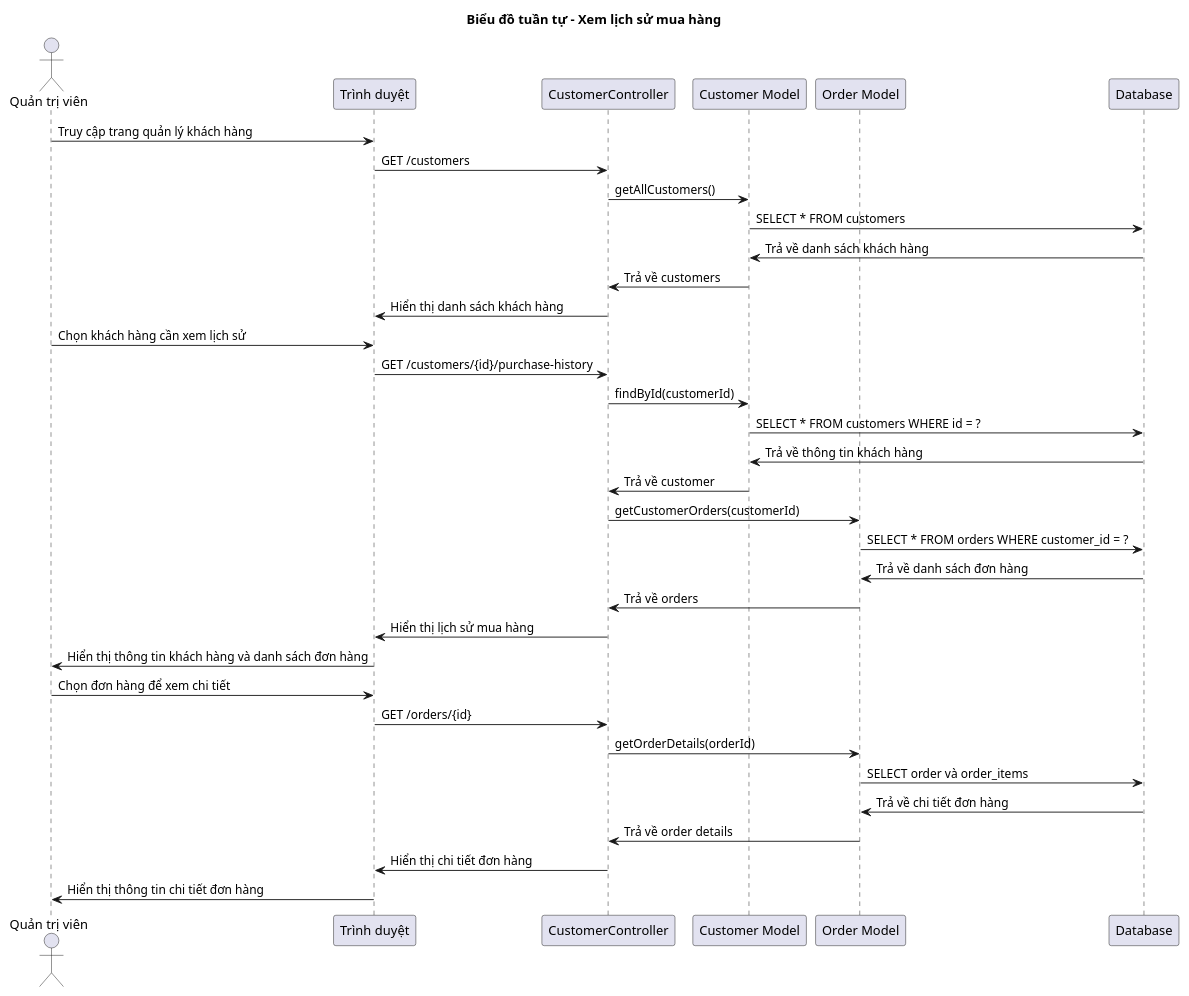
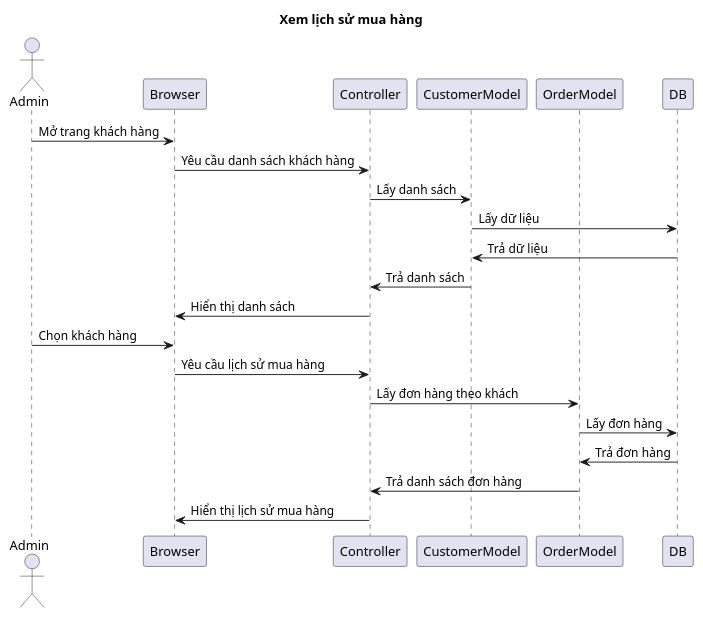
Before and after one commit to namhai03/PerfumeShop: the diagram in docs/sequenceuml/16_xem_lich_su_mua_hang.puml, drawn with PlantUML. The commit also changed 107 other files, not shown here.

```diff
--- a/docs/sequenceuml/16_xem_lich_su_mua_hang.puml
+++ b/docs/sequenceuml/16_xem_lich_su_mua_hang.puml
@@ -1,44 +1,27 @@
 @startuml Xem lịch sử mua hàng
-title Biểu đồ tuần tự - Xem lịch sử mua hàng
+title Xem lịch sử mua hàng
 
-actor "Quản trị viên" as Admin
-participant "Trình duyệt" as Browser
-participant "CustomerController" as Controller
-participant "Customer Model" as CustomerModel
-participant "Order Model" as OrderModel
-participant "Database" as DB
+actor Admin
+participant Browser
+participant Controller
+participant CustomerModel
+participant OrderModel
+participant DB
 
-Admin -> Browser: Truy cập trang quản lý khách hàng
-Browser -> Controller: GET /customers
-Controller -> CustomerModel: getAllCustomers()
-CustomerModel -> DB: SELECT * FROM customers
-DB -> CustomerModel: Trả về danh sách khách hàng
-CustomerModel -> Controller: Trả về customers
-Controller -> Browser: Hiển thị danh sách khách hàng
+Admin -> Browser: Mở trang khách hàng
+Browser -> Controller: Yêu cầu danh sách khách hàng
+Controller -> CustomerModel: Lấy danh sách
+CustomerModel -> DB: Lấy dữ liệu
+DB -> CustomerModel: Trả dữ liệu
+CustomerModel -> Controller: Trả danh sách
+Controller -> Browser: Hiển thị danh sách
 
-Admin -> Browser: Chọn khách hàng cần xem lịch sử
-Browser -> Controller: GET /customers/{id}/purchase-history
-
-Controller -> CustomerModel: findById(customerId)
-CustomerModel -> DB: SELECT * FROM customers WHERE id = ?
-DB -> CustomerModel: Trả về thông tin khách hàng
-CustomerModel -> Controller: Trả về customer
-
-Controller -> OrderModel: getCustomerOrders(customerId)
-OrderModel -> DB: SELECT * FROM orders WHERE customer_id = ?
-DB -> OrderModel: Trả về danh sách đơn hàng
-OrderModel -> Controller: Trả về orders
-
+Admin -> Browser: Chọn khách hàng
+Browser -> Controller: Yêu cầu lịch sử mua hàng
+Controller -> OrderModel: Lấy đơn hàng theo khách
+OrderModel -> DB: Lấy đơn hàng
+DB -> OrderModel: Trả đơn hàng
+OrderModel -> Controller: Trả danh sách đơn hàng
 Controller -> Browser: Hiển thị lịch sử mua hàng
-Browser -> Admin: Hiển thị thông tin khách hàng và danh sách đơn hàng
-
-Admin -> Browser: Chọn đơn hàng để xem chi tiết
-Browser -> Controller: GET /orders/{id}
-Controller -> OrderModel: getOrderDetails(orderId)
-OrderModel -> DB: SELECT order và order_items
-DB -> OrderModel: Trả về chi tiết đơn hàng
-OrderModel -> Controller: Trả về order details
-Controller -> Browser: Hiển thị chi tiết đơn hàng
-Browser -> Admin: Hiển thị thông tin chi tiết đơn hàng
 
 @enduml
```
